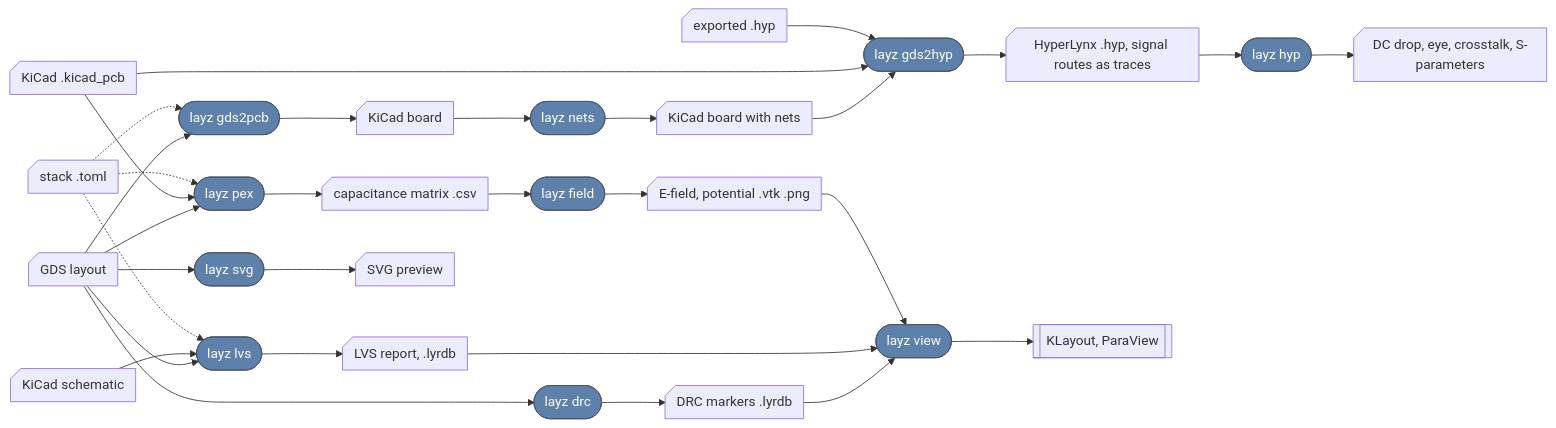
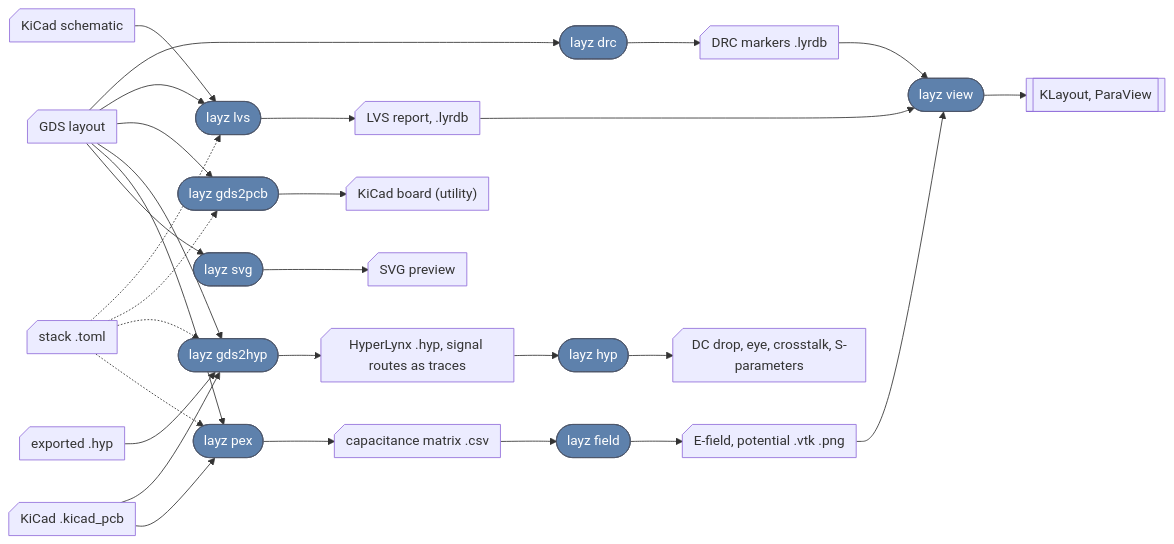
The diagram in readme.md (SiLab-Bonn/layz), drawn with Mermaid before and after one commit. The commit also changed other lines of this file and 9 other files, not shown here.

````diff
--- a/readme.md
+++ b/readme.md
@@ -24,43 +25,40 @@
 ```mermaid
 flowchart LR
     gds@{ shape: card, label: "GDS layout" }
     sch@{ shape: card, label: "KiCad schematic" }
     stack@{ shape: card, label: "stack .toml" }
     board@{ shape: card, label: "KiCad .kicad_pcb" }
     exthyp@{ shape: card, label: "exported .hyp" }
 
     drc(["layz drc"])
     lvs(["layz lvs"])
     pcb(["layz gds2pcb"])
-    nets(["layz nets"])
     hyp(["layz gds2hyp"])
     hl(["layz hyp"])
     pex(["layz pex"])
     field(["layz field"])
     svg(["layz svg"])
     view(["layz view"])
 
     drcdb@{ shape: card, label: "DRC markers .lyrdb" }
     lvsdb@{ shape: card, label: "LVS report, .lyrdb" }
-    kpcb@{ shape: card, label: "KiCad board" }
-    kpcb2@{ shape: card, label: "KiCad board with nets" }
+    kpcb@{ shape: card, label: "KiCad board (utility)" }
     hypf@{ shape: card, label: "HyperLynx .hyp, signal routes as traces" }
     caps@{ shape: card, label: "capacitance matrix .csv" }
     fld@{ shape: card, label: "E-field, potential .vtk .png" }
     svgf@{ shape: card, label: "SVG preview" }
 
     gds --> drc --> drcdb
     gds & sch --> lvs --> lvsdb
     gds --> pcb --> kpcb
-    kpcb --> nets --> kpcb2
-    kpcb2 & board & exthyp --> hyp --> hypf
+    gds & board & exthyp --> hyp --> hypf
     hypf --> hl --> hlres@{ shape: card, label: "DC drop, eye, crosstalk, S-parameters" }
     gds & board --> pex --> caps
     caps --> field --> fld
     drcdb & lvsdb & fld --> view --> tools[["KLayout, ParaView"]]
     gds --> svg --> svgf
-    stack -.-> lvs & pcb & pex
+    stack -.-> lvs & pcb & hyp & pex
 
     classDef cmd fill:#5E81AC,stroke:#4C566A,color:#fff
-    class drc,lvs,pcb,nets,hyp,hl,pex,field,svg,view cmd
+    class drc,lvs,pcb,hyp,hl,pex,field,svg,view cmd
 ```
````
